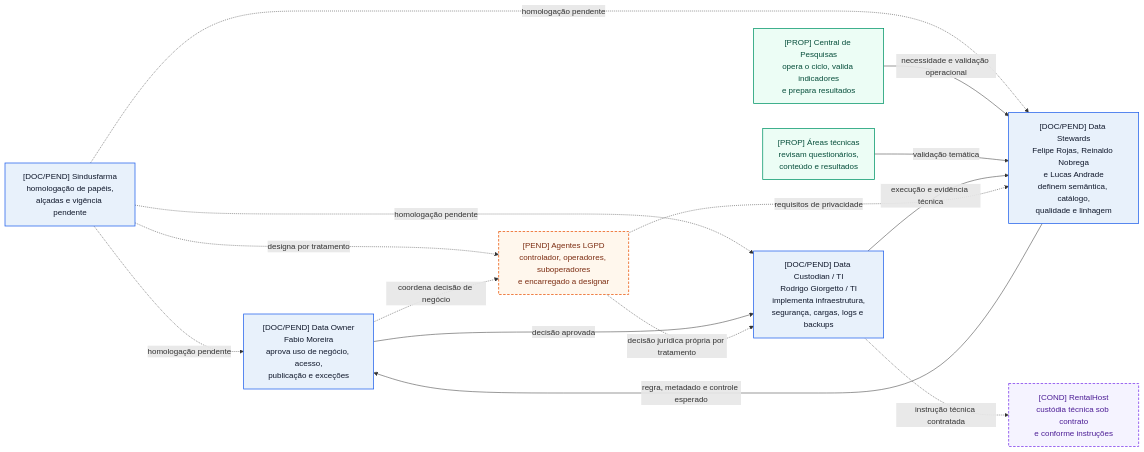
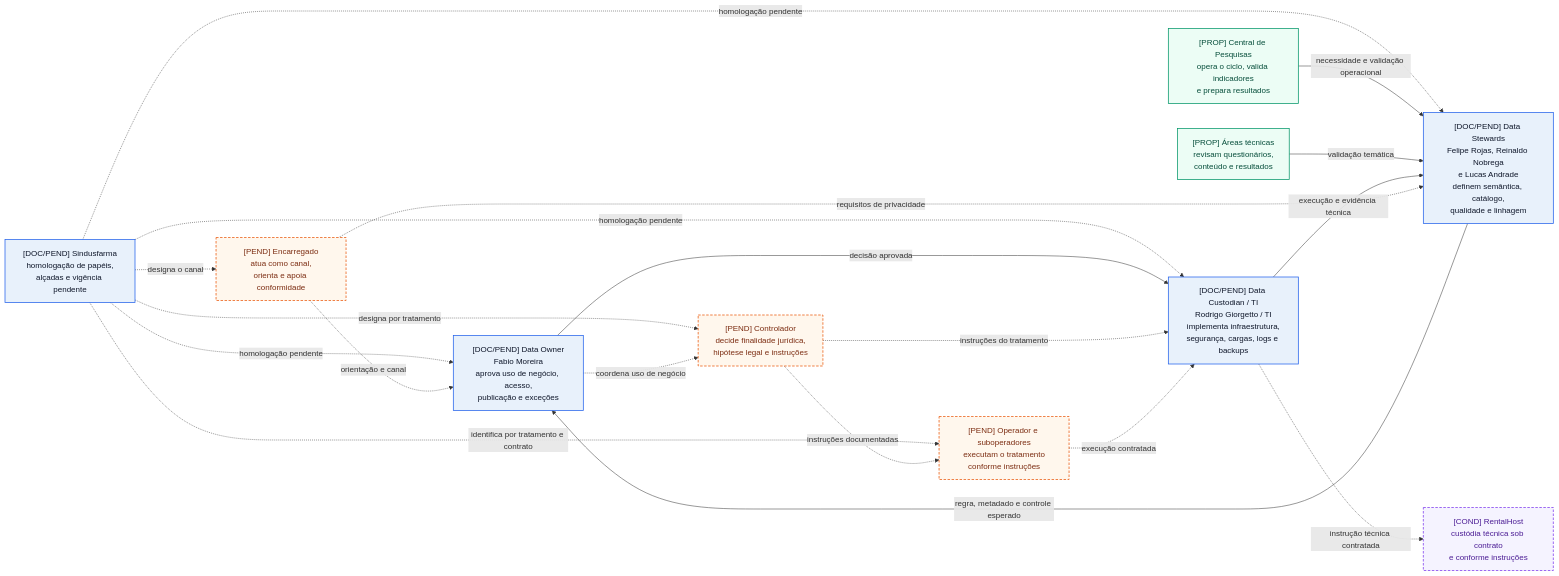
One commit to balb-0/Synapse changed the diagram in docs/Governança-de-Dados-do-Projeto.md. Above: the diagram before and after it, drawn with Mermaid. The commit also changed other lines of this file, not shown here.

Commit message:
docs: distingue papeis juridicos no mapa

````diff
--- a/docs/Governança-de-Dados-do-Projeto.md
+++ b/docs/Governança-de-Dados-do-Projeto.md
@@ -141,30 +143,37 @@
 ```mermaid
 flowchart LR
     SIND["[DOC/PEND] Sindusfarma<br/>homologação de papéis,<br/>alçadas e vigência pendente"]:::baseline
     OWNER["[DOC/PEND] Data Owner<br/>Fabio Moreira<br/>aprova uso de negócio, acesso,<br/>publicação e exceções"]:::baseline
     STEWARD["[DOC/PEND] Data Stewards<br/>Felipe Rojas, Reinaldo Nobrega<br/>e Lucas Andrade<br/>definem semântica, catálogo,<br/>qualidade e linhagem"]:::baseline
     CUST["[DOC/PEND] Data Custodian / TI<br/>Rodrigo Giorgetto / TI<br/>implementa infraestrutura,<br/>segurança, cargas, logs e backups"]:::baseline
     CENTRAL["[PROP] Central de Pesquisas<br/>opera o ciclo, valida indicadores<br/>e prepara resultados"]:::proposal
     AREAS["[PROP] Áreas técnicas<br/>revisam questionários,<br/>conteúdo e resultados"]:::proposal
-    LEGAL["[PEND] Agentes LGPD<br/>controlador, operadores, suboperadores<br/>e encarregado a designar"]:::pending
+    CONTROLLER["[PEND] Controlador<br/>decide finalidade jurídica,<br/>hipótese legal e instruções"]:::pending
+    PROCESSORS["[PEND] Operador e suboperadores<br/>executam o tratamento<br/>conforme instruções"]:::pending
+    DPO["[PEND] Encarregado<br/>atua como canal,<br/>orienta e apoia conformidade"]:::pending
     EXT["[COND] RentalHost<br/>custódia técnica sob contrato<br/>e conforme instruções"]:::external
 
     SIND -.->|homologação pendente| OWNER
     SIND -.->|homologação pendente| STEWARD
     SIND -.->|homologação pendente| CUST
-    SIND -.->|designa por tratamento| LEGAL
+    SIND -.->|designa por tratamento| CONTROLLER
+    SIND -.->|identifica por tratamento e contrato| PROCESSORS
+    SIND -.->|designa o canal| DPO
     CENTRAL -->|necessidade e validação operacional| STEWARD
     AREAS -->|validação temática| STEWARD
     STEWARD -->|regra, metadado e controle esperado| OWNER
     OWNER -->|decisão aprovada| CUST
     CUST -->|execução e evidência técnica| STEWARD
-    OWNER -.->|coordena decisão de negócio| LEGAL
-    LEGAL -.->|decisão jurídica própria por tratamento| CUST
-    LEGAL -.->|requisitos de privacidade| STEWARD
+    OWNER -.->|coordena uso de negócio| CONTROLLER
+    CONTROLLER -.->|instruções do tratamento| CUST
+    CONTROLLER -.->|instruções documentadas| PROCESSORS
+    PROCESSORS -.->|execução contratada| CUST
+    DPO -.->|orientação e canal| OWNER
+    DPO -.->|requisitos de privacidade| STEWARD
     CUST -.->|instrução técnica contratada| EXT
 
     classDef baseline fill:#E8F1FB,stroke:#2563EB,color:#0F172A,stroke-width:1.5px
     classDef proposal fill:#ECFDF5,stroke:#059669,color:#064E3B,stroke-width:1.5px
     classDef pending fill:#FFF7ED,stroke:#EA580C,color:#7C2D12,stroke-width:1.5px,stroke-dasharray:5 3
     classDef external fill:#F5F3FF,stroke:#7C3AED,color:#4C1D95,stroke-width:1.5px,stroke-dasharray:5 3
 ```
````
